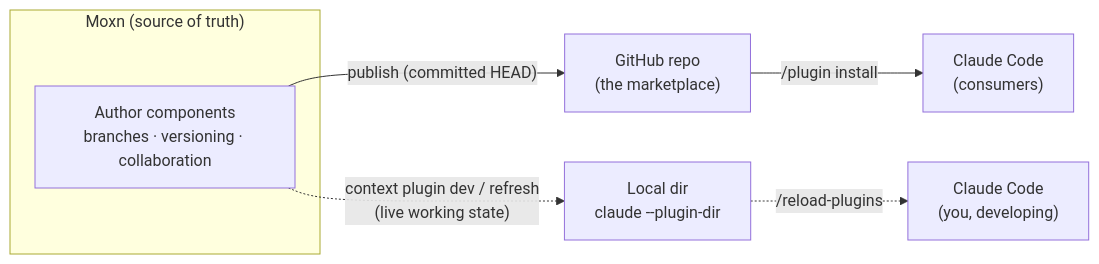
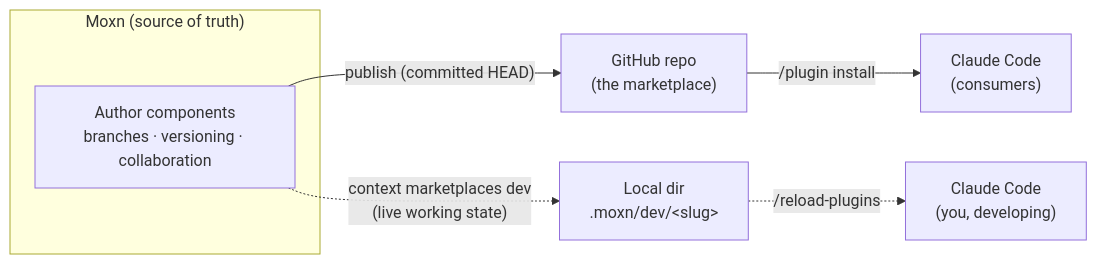
The diagram in guides/marketplaces/index.mdx (marksweissma/docs), drawn with Mermaid before and after one commit. The commit also changed other lines of this file and 4 other files, not shown here.

````diff
--- a/guides/marketplaces/index.mdx
+++ b/guides/marketplaces/index.mdx
@@ -30,10 +30,10 @@
 ```mermaid
 flowchart LR
   subgraph Moxn["Moxn (source of truth)"]
     A["Author components<br/>branches · versioning · collaboration"]
   end
   A -->|"publish (committed HEAD)"| G["GitHub repo<br/>(the marketplace)"]
   G -->|"/plugin install"| C["Claude Code<br/>(consumers)"]
-  A -.->|"context plugin dev / refresh<br/>(live working state)"| L["Local dir<br/>claude --plugin-dir"]
+  A -.->|"context marketplaces dev<br/>(live working state)"| L["Local dir<br/>.moxn/dev/&lt;slug&gt;"]
   L -.->|"/reload-plugins"| D["Claude Code<br/>(you, developing)"]
 ```
````
